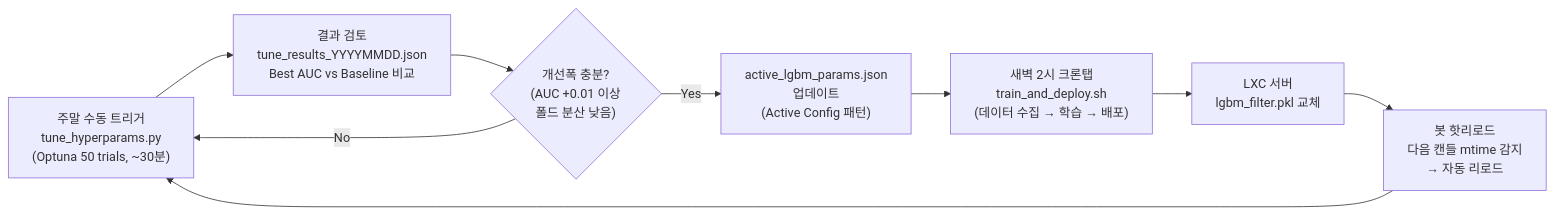
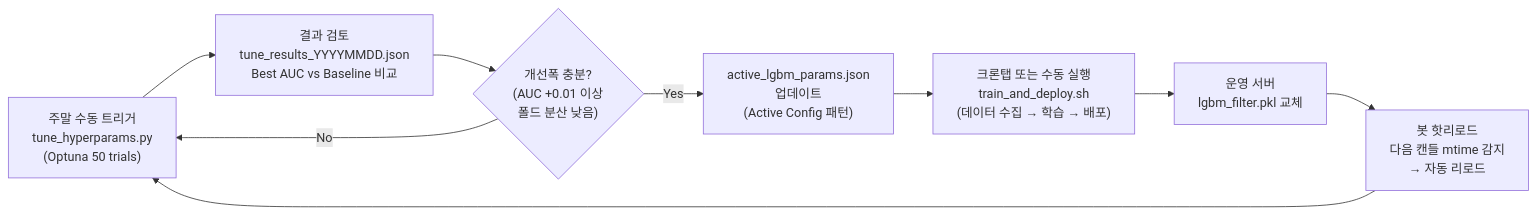
One commit to 21in7/cointrader changed the second of 4 diagrams in ARCHITECTURE.md. Above: the diagram before and after it, drawn with Mermaid. The commit also changed other lines of this file and 7 other files, not shown here.

First line of the commit message:
docs: update architecture and README for improved clarity and structure

````diff
--- a/ARCHITECTURE.md
+++ b/ARCHITECTURE.md
@@ -349,19 +405,19 @@
 ```mermaid
 flowchart LR
-    A["주말 수동 트리거<br/>tune_hyperparams.py<br/>(Optuna 50 trials, ~30분)"]
+    A["주말 수동 트리거<br/>tune_hyperparams.py<br/>(Optuna 50 trials)"]
     B["결과 검토<br/>tune_results_YYYYMMDD.json<br/>Best AUC vs Baseline 비교"]
     C{"개선폭 충분?<br/>(AUC +0.01 이상<br/>폴드 분산 낮음)"}
     D["active_lgbm_params.json<br/>업데이트<br/>(Active Config 패턴)"]
-    E["새벽 2시 크론탭<br/>train_and_deploy.sh<br/>(데이터 수집 → 학습 → 배포)"]
-    F["LXC 서버<br/>lgbm_filter.pkl 교체"]
+    E["크론탭 또는 수동 실행<br/>train_and_deploy.sh<br/>(데이터 수집 → 학습 → 배포)"]
+    F["운영 서버<br/>lgbm_filter.pkl 교체"]
     G["봇 핫리로드<br/>다음 캔들 mtime 감지<br/>→ 자동 리로드"]
 
     A --> B
     B --> C
     C -->|Yes| D
     C -->|No| A
     D --> E
     E --> F
     F --> G
     G --> A
 ```
````
